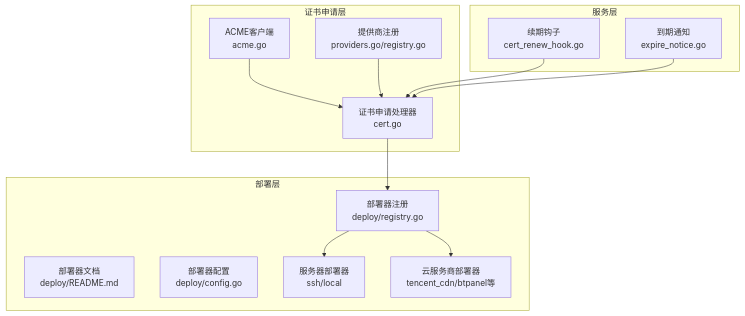
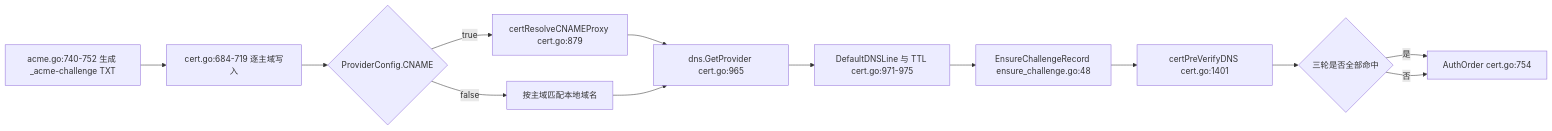
The third of 5 diagrams in docs/证书管理功能/证书管理功能.md (x01n/dnsplane), drawn with Mermaid before and after one commit. The commit also changed other lines of this file and 326 other files, not shown here.

````diff
--- a/docs/证书管理功能/证书管理功能.md
+++ b/docs/证书管理功能/证书管理功能.md
@@ -44,26 +270,15 @@
 ```mermaid
-graph TB
-subgraph "证书申请层"
-ACME["ACME客户端<br/>acme.go"]
-ProvReg["提供商注册<br/>providers.go/registry.go"]
-Handler["证书申请处理器<br/>cert.go"]
-end
-subgraph "部署层"
-DeployDoc["部署器文档<br/>deploy/README.md"]
-DeployCfg["部署器配置<br/>deploy/config.go"]
-DeployReg["部署器注册<br/>deploy/registry.go"]
-Servers["服务器部署器<br/>ssh/local"]
-Providers["云服务商部署器<br/>tencent_cdn/btpanel等"]
-end
-subgraph "服务层"
-RenewHook["续期钩子<br/>cert_renew_hook.go"]
-ExpireNotice["到期通知<br/>expire_notice.go"]
-end
-ACME --> Handler
-ProvReg --> Handler
-Handler --> DeployReg
-DeployReg --> Servers
-DeployReg --> Providers
-RenewHook --> Handler
-ExpireNotice --> Handler
+flowchart LR
+    A["acme.go:740-752 生成 _acme-challenge TXT"] --> B["cert.go:684-719 逐主域写入"]
+    B --> C{"ProviderConfig.CNAME"}
+    C -->|true| D["certResolveCNAMEProxy cert.go:879"]
+    C -->|false| E["按主域匹配本地域名"]
+    D --> F["dns.GetProvider cert.go:965"]
+    E --> F
+    F --> G["DefaultDNSLine 与 TTL cert.go:971-975"]
+    G --> H["EnsureChallengeRecord ensure_challenge.go:48"]
+    H --> I["certPreVerifyDNS cert.go:1401"]
+    I --> J{"三轮是否全部命中"}
+    J -->|是| K["AuthOrder cert.go:754"]
+    J -->|否| K
 ```
````
